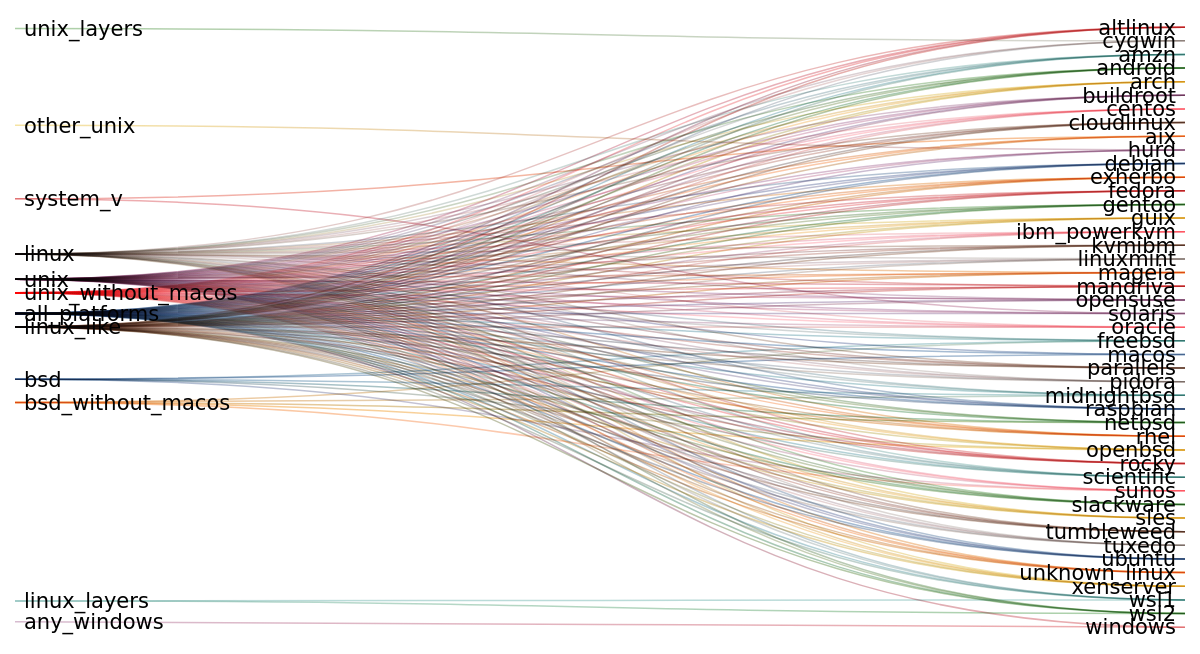
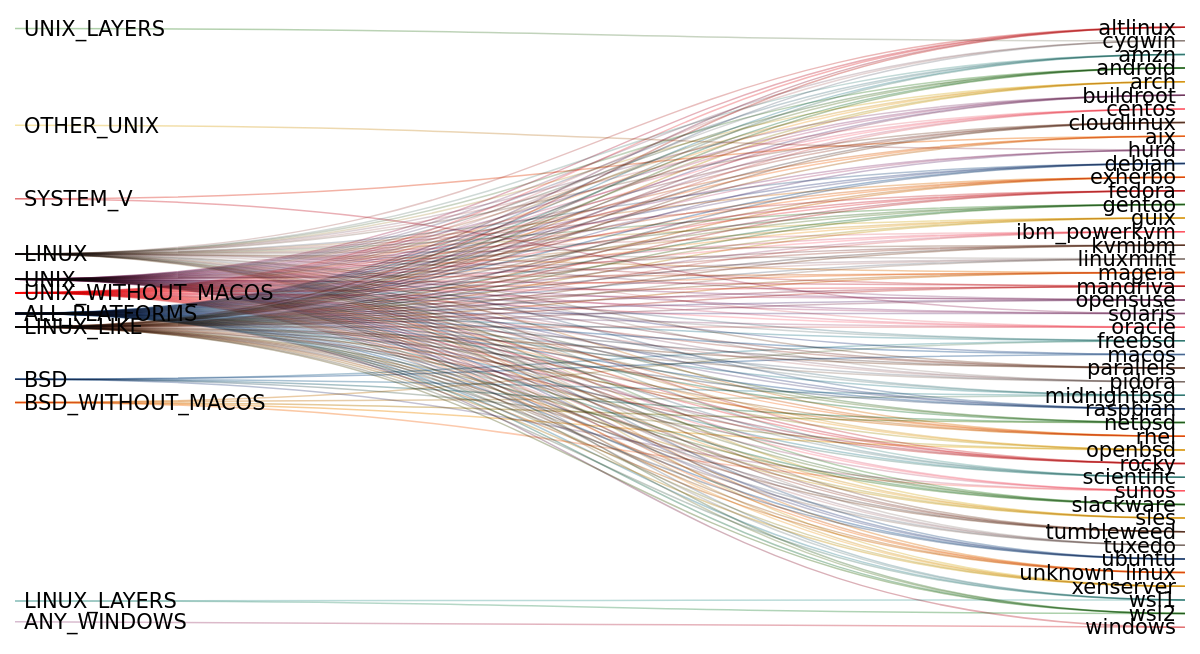
Before and after one commit to kdeldycke/extra-platforms: the first of 4 diagrams in readme.md, drawn with Mermaid (neutral theme). The commit also changed 1 other file, not shown here.

Commit message:
Aligns naming convention across diagrams

````diff
--- a/readme.md
+++ b/readme.md
@@ -156,220 +156,220 @@
 ---
 sankey-beta
 
-all_platforms,aix,1
-all_platforms,altlinux,1
-all_platforms,amzn,1
-all_platforms,android,1
-all_platforms,arch,1
-all_platforms,buildroot,1
-all_platforms,centos,1
-all_platforms,cloudlinux,1
-all_platforms,cygwin,1
-all_platforms,debian,1
-all_platforms,exherbo,1
-all_platforms,fedora,1
-all_platforms,freebsd,1
-all_platforms,gentoo,1
-all_platforms,guix,1
-all_platforms,hurd,1
-all_platforms,ibm_powerkvm,1
-all_platforms,kvmibm,1
-all_platforms,linuxmint,1
-all_platforms,macos,1
-all_platforms,mageia,1
-all_platforms,mandriva,1
-all_platforms,midnightbsd,1
-all_platforms,netbsd,1
-all_platforms,openbsd,1
-all_platforms,opensuse,1
-all_platforms,oracle,1
-all_platforms,parallels,1
-all_platforms,pidora,1
-all_platforms,raspbian,1
-all_platforms,rhel,1
-all_platforms,rocky,1
-all_platforms,scientific,1
-all_platforms,slackware,1
-all_platforms,sles,1
-all_platforms,solaris,1
-all_platforms,sunos,1
-all_platforms,tumbleweed,1
-all_platforms,tuxedo,1
-all_platforms,ubuntu,1
-all_platforms,unknown_linux,1
-all_platforms,windows,1
-all_platforms,wsl1,1
-all_platforms,wsl2,1
-all_platforms,xenserver,1
-unix,aix,1
-unix,altlinux,1
-unix,amzn,1
-unix,android,1
-unix,arch,1
-unix,buildroot,1
-unix,centos,1
-unix,cloudlinux,1
-unix,cygwin,1
-unix,debian,1
-unix,exherbo,1
-unix,fedora,1
-unix,freebsd,1
-unix,gentoo,1
-unix,guix,1
-unix,hurd,1
-unix,ibm_powerkvm,1
-unix,kvmibm,1
-unix,linuxmint,1
-unix,macos,1
-unix,mageia,1
-unix,mandriva,1
-unix,midnightbsd,1
-unix,netbsd,1
-unix,openbsd,1
-unix,opensuse,1
-unix,oracle,1
-unix,parallels,1
-unix,pidora,1
-unix,raspbian,1
-unix,rhel,1
-unix,rocky,1
-unix,scientific,1
-unix,slackware,1
-unix,sles,1
-unix,solaris,1
-unix,sunos,1
-unix,tumbleweed,1
-unix,tuxedo,1
-unix,ubuntu,1
-unix,unknown_linux,1
-unix,wsl1,1
-unix,wsl2,1
-unix,xenserver,1
-unix_without_macos,aix,1
-unix_without_macos,altlinux,1
-unix_without_macos,amzn,1
-unix_without_macos,android,1
-unix_without_macos,arch,1
-unix_without_macos,buildroot,1
-unix_without_macos,centos,1
-unix_without_macos,cloudlinux,1
-unix_without_macos,cygwin,1
-unix_without_macos,debian,1
-unix_without_macos,exherbo,1
-unix_without_macos,fedora,1
-unix_without_macos,freebsd,1
-unix_without_macos,gentoo,1
-unix_without_macos,guix,1
-unix_without_macos,hurd,1
-unix_without_macos,ibm_powerkvm,1
-unix_without_macos,kvmibm,1
-unix_without_macos,linuxmint,1
-unix_without_macos,mageia,1
-unix_without_macos,mandriva,1
-unix_without_macos,midnightbsd,1
-unix_without_macos,netbsd,1
-unix_without_macos,openbsd,1
-unix_without_macos,opensuse,1
-unix_without_macos,oracle,1
-unix_without_macos,parallels,1
-unix_without_macos,pidora,1
-unix_without_macos,raspbian,1
-unix_without_macos,rhel,1
-unix_without_macos,rocky,1
-unix_without_macos,scientific,1
-unix_without_macos,slackware,1
-unix_without_macos,sles,1
-unix_without_macos,solaris,1
-unix_without_macos,sunos,1
-unix_without_macos,tumbleweed,1
-unix_without_macos,tuxedo,1
-unix_without_macos,ubuntu,1
-unix_without_macos,unknown_linux,1
-unix_without_macos,wsl1,1
-unix_without_macos,wsl2,1
-unix_without_macos,xenserver,1
-linux_like,altlinux,1
-linux_like,amzn,1
-linux_like,android,1
-linux_like,arch,1
-linux_like,buildroot,1
-linux_like,centos,1
-linux_like,cloudlinux,1
-linux_like,debian,1
-linux_like,exherbo,1
-linux_like,fedora,1
-linux_like,gentoo,1
-linux_like,guix,1
-linux_like,ibm_powerkvm,1
-linux_like,kvmibm,1
-linux_like,linuxmint,1
-linux_like,mageia,1
-linux_like,mandriva,1
-linux_like,opensuse,1
-linux_like,oracle,1
-linux_like,parallels,1
-linux_like,pidora,1
-linux_like,raspbian,1
-linux_like,rhel,1
-linux_like,rocky,1
-linux_like,scientific,1
-linux_like,slackware,1
-linux_like,sles,1
-linux_like,tumbleweed,1
-linux_like,tuxedo,1
-linux_like,ubuntu,1
-linux_like,unknown_linux,1
-linux_like,wsl1,1
-linux_like,wsl2,1
-linux_like,xenserver,1
-linux,altlinux,1
-linux,amzn,1
-linux,android,1
-linux,arch,1
-linux,buildroot,1
-linux,centos,1
-linux,cloudlinux,1
-linux,debian,1
-linux,exherbo,1
-linux,fedora,1
-linux,gentoo,1
-linux,guix,1
-linux,ibm_powerkvm,1
-linux,kvmibm,1
-linux,linuxmint,1
-linux,mageia,1
-linux,mandriva,1
-linux,opensuse,1
-linux,oracle,1
-linux,parallels,1
-linux,pidora,1
-linux,raspbian,1
-linux,rhel,1
-linux,rocky,1
-linux,scientific,1
-linux,slackware,1
-linux,sles,1
-linux,tumbleweed,1
-linux,tuxedo,1
-linux,ubuntu,1
-linux,unknown_linux,1
-linux,xenserver,1
-bsd,freebsd,1
-bsd,macos,1
-bsd,midnightbsd,1
-bsd,netbsd,1
-bsd,openbsd,1
-bsd,sunos,1
-bsd_without_macos,freebsd,1
-bsd_without_macos,midnightbsd,1
-bsd_without_macos,netbsd,1
-bsd_without_macos,openbsd,1
-bsd_without_macos,sunos,1
-system_v,aix,1
-system_v,solaris,1
-linux_layers,wsl1,1
-linux_layers,wsl2,1
-unix_layers,cygwin,1
-other_unix,hurd,1
-any_windows,windows,1
+ALL_PLATFORMS,aix,1
+ALL_PLATFORMS,altlinux,1
+ALL_PLATFORMS,amzn,1
+ALL_PLATFORMS,android,1
+ALL_PLATFORMS,arch,1
+ALL_PLATFORMS,buildroot,1
+ALL_PLATFORMS,centos,1
+ALL_PLATFORMS,cloudlinux,1
+ALL_PLATFORMS,cygwin,1
+ALL_PLATFORMS,debian,1
+ALL_PLATFORMS,exherbo,1
+ALL_PLATFORMS,fedora,1
+ALL_PLATFORMS,freebsd,1
+ALL_PLATFORMS,gentoo,1
+ALL_PLATFORMS,guix,1
+ALL_PLATFORMS,hurd,1
+ALL_PLATFORMS,ibm_powerkvm,1
+ALL_PLATFORMS,kvmibm,1
+ALL_PLATFORMS,linuxmint,1
+ALL_PLATFORMS,macos,1
+ALL_PLATFORMS,mageia,1
+ALL_PLATFORMS,mandriva,1
+ALL_PLATFORMS,midnightbsd,1
+ALL_PLATFORMS,netbsd,1
+ALL_PLATFORMS,openbsd,1
+ALL_PLATFORMS,opensuse,1
+ALL_PLATFORMS,oracle,1
+ALL_PLATFORMS,parallels,1
+ALL_PLATFORMS,pidora,1
+ALL_PLATFORMS,raspbian,1
+ALL_PLATFORMS,rhel,1
+ALL_PLATFORMS,rocky,1
+ALL_PLATFORMS,scientific,1
+ALL_PLATFORMS,slackware,1
+ALL_PLATFORMS,sles,1
+ALL_PLATFORMS,solaris,1
+ALL_PLATFORMS,sunos,1
+ALL_PLATFORMS,tumbleweed,1
+ALL_PLATFORMS,tuxedo,1
+ALL_PLATFORMS,ubuntu,1
+ALL_PLATFORMS,unknown_linux,1
+ALL_PLATFORMS,windows,1
+ALL_PLATFORMS,wsl1,1
+ALL_PLATFORMS,wsl2,1
+ALL_PLATFORMS,xenserver,1
+UNIX,aix,1
+UNIX,altlinux,1
+UNIX,amzn,1
+UNIX,android,1
+UNIX,arch,1
+UNIX,buildroot,1
+UNIX,centos,1
+UNIX,cloudlinux,1
+UNIX,cygwin,1
+UNIX,debian,1
+UNIX,exherbo,1
+UNIX,fedora,1
+UNIX,freebsd,1
+UNIX,gentoo,1
+UNIX,guix,1
+UNIX,hurd,1
+UNIX,ibm_powerkvm,1
+UNIX,kvmibm,1
+UNIX,linuxmint,1
+UNIX,macos,1
+UNIX,mageia,1
+UNIX,mandriva,1
+UNIX,midnightbsd,1
+UNIX,netbsd,1
+UNIX,openbsd,1
+UNIX,opensuse,1
+UNIX,oracle,1
+UNIX,parallels,1
+UNIX,pidora,1
+UNIX,raspbian,1
+UNIX,rhel,1
+UNIX,rocky,1
+UNIX,scientific,1
+UNIX,slackware,1
+UNIX,sles,1
+UNIX,solaris,1
+UNIX,sunos,1
+UNIX,tumbleweed,1
+UNIX,tuxedo,1
+UNIX,ubuntu,1
+UNIX,unknown_linux,1
+UNIX,wsl1,1
+UNIX,wsl2,1
+UNIX,xenserver,1
+UNIX_WITHOUT_MACOS,aix,1
+UNIX_WITHOUT_MACOS,altlinux,1
+UNIX_WITHOUT_MACOS,amzn,1
+UNIX_WITHOUT_MACOS,android,1
+UNIX_WITHOUT_MACOS,arch,1
+UNIX_WITHOUT_MACOS,buildroot,1
+UNIX_WITHOUT_MACOS,centos,1
+UNIX_WITHOUT_MACOS,cloudlinux,1
+UNIX_WITHOUT_MACOS,cygwin,1
+UNIX_WITHOUT_MACOS,debian,1
+UNIX_WITHOUT_MACOS,exherbo,1
+UNIX_WITHOUT_MACOS,fedora,1
+UNIX_WITHOUT_MACOS,freebsd,1
+UNIX_WITHOUT_MACOS,gentoo,1
+UNIX_WITHOUT_MACOS,guix,1
+UNIX_WITHOUT_MACOS,hurd,1
+UNIX_WITHOUT_MACOS,ibm_powerkvm,1
+UNIX_WITHOUT_MACOS,kvmibm,1
+UNIX_WITHOUT_MACOS,linuxmint,1
+UNIX_WITHOUT_MACOS,mageia,1
+UNIX_WITHOUT_MACOS,mandriva,1
+UNIX_WITHOUT_MACOS,midnightbsd,1
+UNIX_WITHOUT_MACOS,netbsd,1
+UNIX_WITHOUT_MACOS,openbsd,1
+UNIX_WITHOUT_MACOS,opensuse,1
+UNIX_WITHOUT_MACOS,oracle,1
+UNIX_WITHOUT_MACOS,parallels,1
+UNIX_WITHOUT_MACOS,pidora,1
+UNIX_WITHOUT_MACOS,raspbian,1
+UNIX_WITHOUT_MACOS,rhel,1
+UNIX_WITHOUT_MACOS,rocky,1
+UNIX_WITHOUT_MACOS,scientific,1
+UNIX_WITHOUT_MACOS,slackware,1
+UNIX_WITHOUT_MACOS,sles,1
+UNIX_WITHOUT_MACOS,solaris,1
+UNIX_WITHOUT_MACOS,sunos,1
+UNIX_WITHOUT_MACOS,tumbleweed,1
+UNIX_WITHOUT_MACOS,tuxedo,1
+UNIX_WITHOUT_MACOS,ubuntu,1
+UNIX_WITHOUT_MACOS,unknown_linux,1
+UNIX_WITHOUT_MACOS,wsl1,1
+UNIX_WITHOUT_MACOS,wsl2,1
+UNIX_WITHOUT_MACOS,xenserver,1
+LINUX_LIKE,altlinux,1
+LINUX_LIKE,amzn,1
+LINUX_LIKE,android,1
+LINUX_LIKE,arch,1
+LINUX_LIKE,buildroot,1
+LINUX_LIKE,centos,1
+LINUX_LIKE,cloudlinux,1
+LINUX_LIKE,debian,1
+LINUX_LIKE,exherbo,1
+LINUX_LIKE,fedora,1
+LINUX_LIKE,gentoo,1
+LINUX_LIKE,guix,1
+LINUX_LIKE,ibm_powerkvm,1
+LINUX_LIKE,kvmibm,1
+LINUX_LIKE,linuxmint,1
+LINUX_LIKE,mageia,1
+LINUX_LIKE,mandriva,1
+LINUX_LIKE,opensuse,1
+LINUX_LIKE,oracle,1
+LINUX_LIKE,parallels,1
+LINUX_LIKE,pidora,1
+LINUX_LIKE,raspbian,1
+LINUX_LIKE,rhel,1
+LINUX_LIKE,rocky,1
+LINUX_LIKE,scientific,1
+LINUX_LIKE,slackware,1
+LINUX_LIKE,sles,1
+LINUX_LIKE,tumbleweed,1
+LINUX_LIKE,tuxedo,1
+LINUX_LIKE,ubuntu,1
+LINUX_LIKE,unknown_linux,1
+LINUX_LIKE,wsl1,1
+LINUX_LIKE,wsl2,1
+LINUX_LIKE,xenserver,1
+LINUX,altlinux,1
+LINUX,amzn,1
+LINUX,android,1
+LINUX,arch,1
+LINUX,buildroot,1
+LINUX,centos,1
+LINUX,cloudlinux,1
+LINUX,debian,1
+LINUX,exherbo,1
+LINUX,fedora,1
+LINUX,gentoo,1
+LINUX,guix,1
+LINUX,ibm_powerkvm,1
+LINUX,kvmibm,1
+LINUX,linuxmint,1
+LINUX,mageia,1
+LINUX,mandriva,1
+LINUX,opensuse,1
+LINUX,oracle,1
+LINUX,parallels,1
+LINUX,pidora,1
+LINUX,raspbian,1
+LINUX,rhel,1
+LINUX,rocky,1
+LINUX,scientific,1
+LINUX,slackware,1
+LINUX,sles,1
+LINUX,tumbleweed,1
+LINUX,tuxedo,1
+LINUX,ubuntu,1
+LINUX,unknown_linux,1
+LINUX,xenserver,1
+BSD,freebsd,1
+BSD,macos,1
+BSD,midnightbsd,1
+BSD,netbsd,1
+BSD,openbsd,1
+BSD,sunos,1
+BSD_WITHOUT_MACOS,freebsd,1
+BSD_WITHOUT_MACOS,midnightbsd,1
+BSD_WITHOUT_MACOS,netbsd,1
+BSD_WITHOUT_MACOS,openbsd,1
+BSD_WITHOUT_MACOS,sunos,1
+SYSTEM_V,aix,1
+SYSTEM_V,solaris,1
+LINUX_LAYERS,wsl1,1
+LINUX_LAYERS,wsl2,1
+UNIX_LAYERS,cygwin,1
+OTHER_UNIX,hurd,1
+ANY_WINDOWS,windows,1
 ```
````
